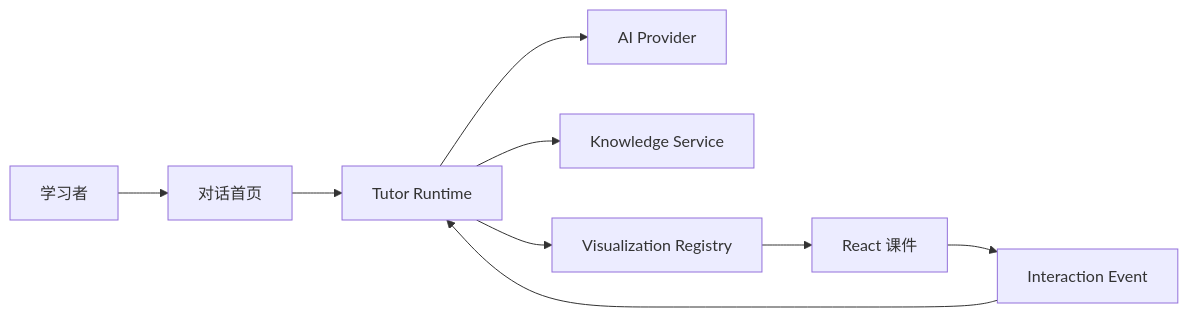
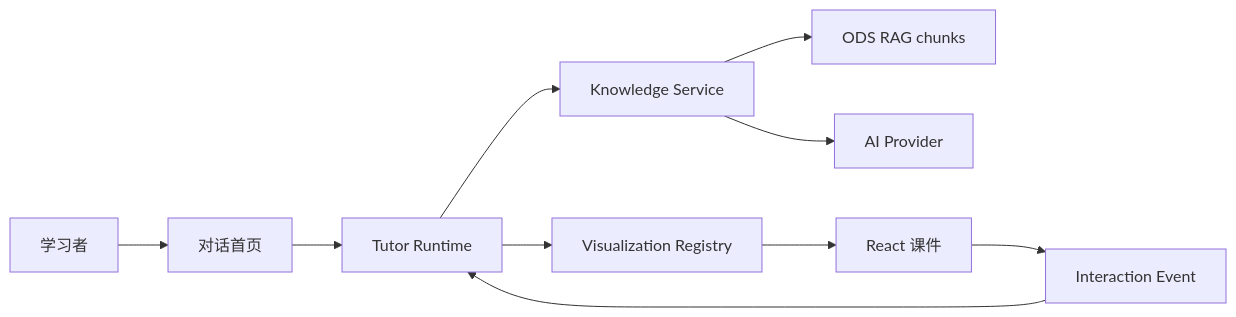
Before and after one commit to umico8832/AiStu: the first of 2 diagrams in docs/ARCHITECTURE.md, drawn with Mermaid. The commit also changed other lines of this file and 6 other files, not shown here.

````diff
--- a/docs/ARCHITECTURE.md
+++ b/docs/ARCHITECTURE.md
@@ -18,11 +19,12 @@
 ```mermaid
 flowchart LR
     U["学习者"] --> C["对话首页"]
     C --> T["Tutor Runtime"]
-    T --> A["AI Provider"]
     T --> K["Knowledge Service"]
+    K --> D["ODS RAG chunks"]
+    K --> A["AI Provider"]
     T --> V["Visualization Registry"]
     V --> R["React 课件"]
     R --> E["Interaction Event"]
     E --> T
 ```
````
